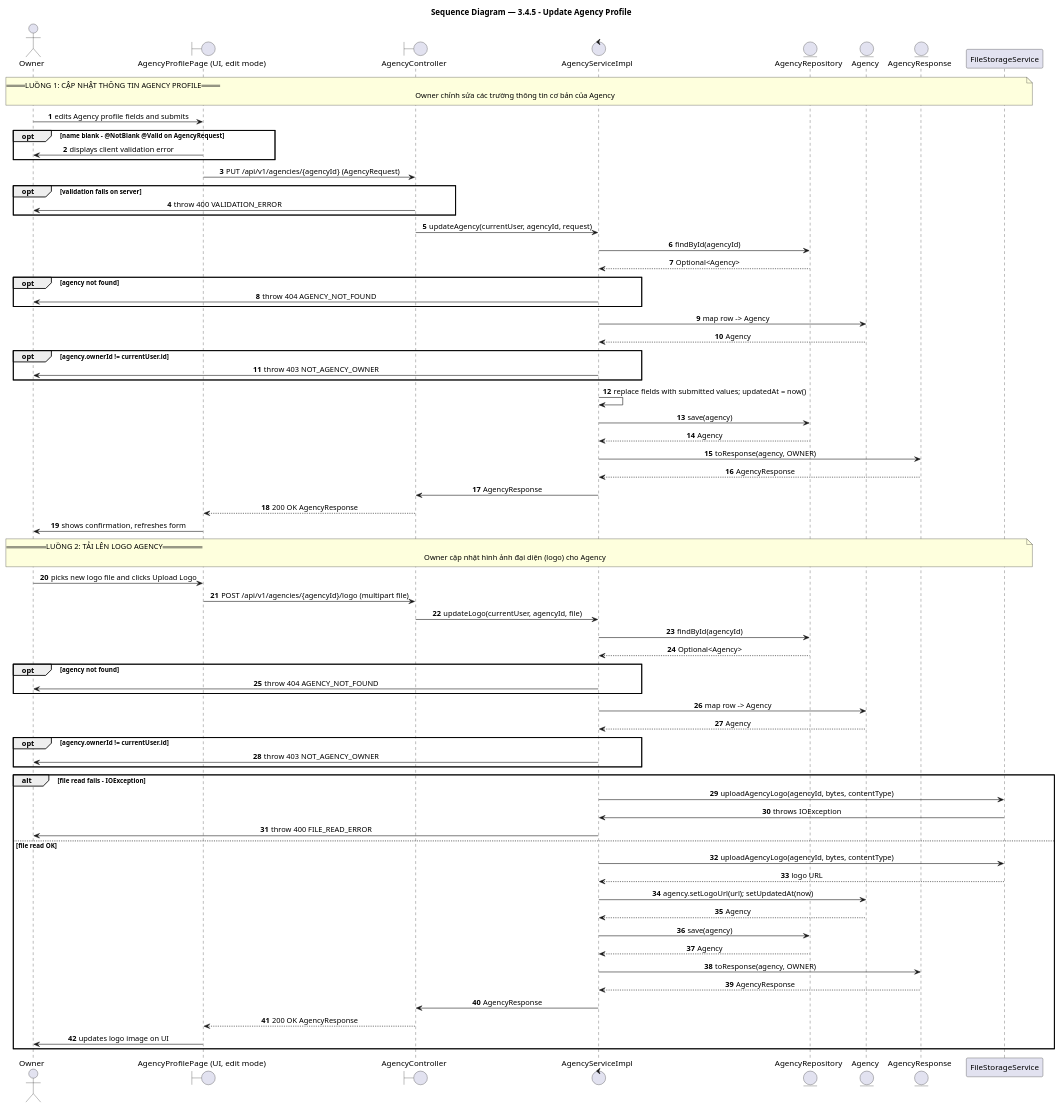
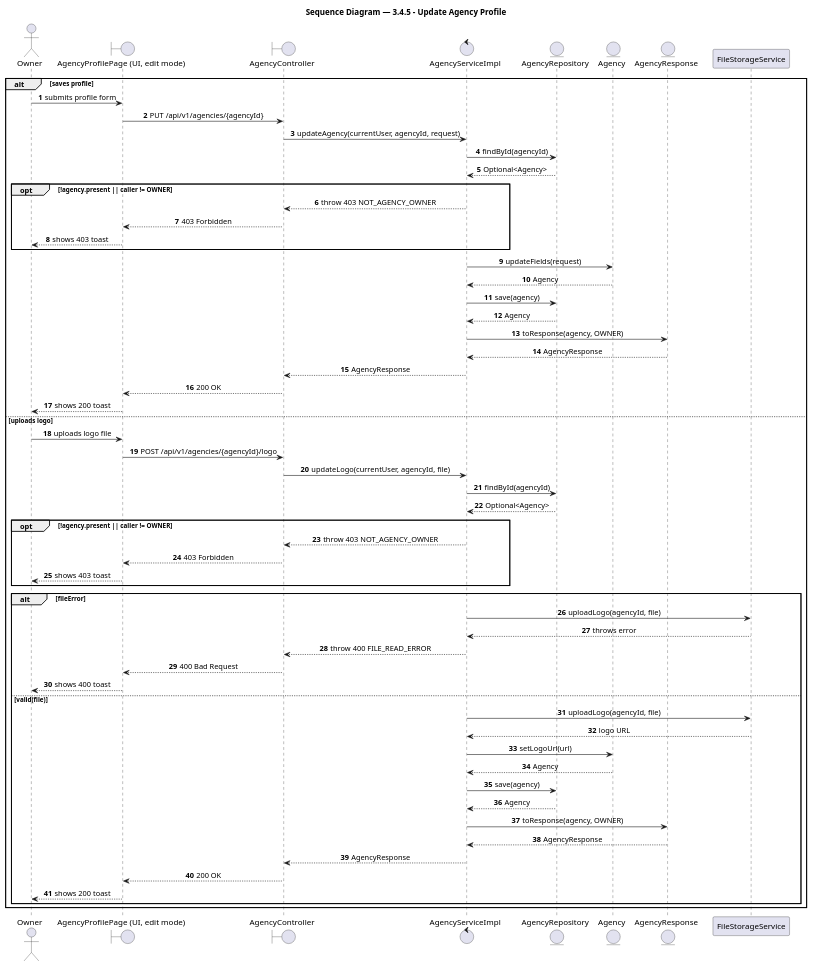
Before and after one commit to BrandHubOrganization/brandhub-infrastructure: the diagram in docs/feature/agency-workspace/3-4-5-update-agency-profile/report4_sequence.puml, drawn with PlantUML. The commit also changed 33 other files, not shown here.

Commit message:
docs: add PlantUML sequence diagrams and class diagrams for agency workspace and profile features

```diff
--- a/docs/feature/agency-workspace/3-4-5-update-agency-profile/report4_sequence.puml
+++ b/docs/feature/agency-workspace/3-4-5-update-agency-profile/report4_sequence.puml
@@ -1,85 +1,73 @@
 @startuml 3.4.5 - Update Agency Profile
 title Sequence Diagram — 3.4.5 - Update Agency Profile
 
 autonumber
 skinparam shadowing false
 skinparam sequenceMessageAlign center
 skinparam BoxPadding 10
 skinparam ParticipantPadding 10
 
 ' === Participants ===
 actor "Owner" as owner
 boundary "AgencyProfilePage (UI, edit mode)" as agencyprofilepage_ui_edit_mode
 boundary "AgencyController" as agencycontroller
 control "AgencyServiceImpl" as agencyserviceimpl
 entity "AgencyRepository" as agencyrepository
 entity "Agency" as agency
 entity "AgencyResponse" as agencyresponse
 participant "FileStorageService" as filestorageservice
 
-' === Flow 1 ===
-note over owner, filestorageservice : == LUỒNG 1: CẬP NHẬT THÔNG TIN AGENCY PROFILE ==\nOwner chỉnh sửa các trường thông tin cơ bản của Agency
-
-owner -> agencyprofilepage_ui_edit_mode: edits Agency profile fields and submits
-opt name blank - @NotBlank @Valid on AgencyRequest
-  agencyprofilepage_ui_edit_mode -> owner: displays client validation error
-end
-agencyprofilepage_ui_edit_mode -> agencycontroller: PUT /api/v1/agencies/{agencyId} (AgencyRequest)
-opt validation fails on server
-  agencycontroller -> owner: throw 400 VALIDATION_ERROR
-end
-agencycontroller -> agencyserviceimpl: updateAgency(currentUser, agencyId, request)
-agencyserviceimpl -> agencyrepository: findById(agencyId)
-agencyrepository --> agencyserviceimpl: Optional<Agency>
-opt agency not found
-  agencyserviceimpl -> owner: throw 404 AGENCY_NOT_FOUND
-end
-agencyserviceimpl -> agency: map row -> Agency
-agency --> agencyserviceimpl: Agency
-opt agency.ownerId != currentUser.id
-  agencyserviceimpl -> owner: throw 403 NOT_AGENCY_OWNER
-end
-agencyserviceimpl -> agencyserviceimpl: replace fields with submitted values; updatedAt = now()
-agencyserviceimpl -> agencyrepository: save(agency)
-agencyrepository --> agencyserviceimpl: Agency
-agencyserviceimpl -> agencyresponse: toResponse(agency, OWNER)
-agencyresponse --> agencyserviceimpl: AgencyResponse
-agencyserviceimpl -> agencycontroller: AgencyResponse
-agencycontroller --> agencyprofilepage_ui_edit_mode: 200 OK AgencyResponse
-agencyprofilepage_ui_edit_mode -> owner: shows confirmation, refreshes form
-
-' === Flow 2 ===
-note over owner, filestorageservice : == LUỒNG 2: TẢI LÊN LOGO AGENCY ==\nOwner cập nhật hình ảnh đại diện (logo) cho Agency
-
-owner -> agencyprofilepage_ui_edit_mode: picks new logo file and clicks Upload Logo
-agencyprofilepage_ui_edit_mode -> agencycontroller: POST /api/v1/agencies/{agencyId}/logo (multipart file)
-agencycontroller -> agencyserviceimpl: updateLogo(currentUser, agencyId, file)
-agencyserviceimpl -> agencyrepository: findById(agencyId)
-agencyrepository --> agencyserviceimpl: Optional<Agency>
-opt agency not found
-  agencyserviceimpl -> owner: throw 404 AGENCY_NOT_FOUND
-end
-agencyserviceimpl -> agency: map row -> Agency
-agency --> agencyserviceimpl: Agency
-opt agency.ownerId != currentUser.id
-  agencyserviceimpl -> owner: throw 403 NOT_AGENCY_OWNER
-end
-alt file read fails - IOException
-  agencyserviceimpl -> filestorageservice: uploadAgencyLogo(agencyId, bytes, contentType)
-  filestorageservice -> agencyserviceimpl: throws IOException
-  agencyserviceimpl -> owner: throw 400 FILE_READ_ERROR
-else file read OK
-  agencyserviceimpl -> filestorageservice: uploadAgencyLogo(agencyId, bytes, contentType)
-  filestorageservice --> agencyserviceimpl: logo URL
-  agencyserviceimpl -> agency: agency.setLogoUrl(url); setUpdatedAt(now)
+' === Flow ===
+alt saves profile
+  owner -> agencyprofilepage_ui_edit_mode: submits profile form
+  agencyprofilepage_ui_edit_mode -> agencycontroller: PUT /api/v1/agencies/{agencyId}
+  agencycontroller -> agencyserviceimpl: updateAgency(currentUser, agencyId, request)
+  agencyserviceimpl -> agencyrepository: findById(agencyId)
+  agencyrepository --> agencyserviceimpl: Optional<Agency>
+  opt !agency.present || caller != OWNER
+    agencyserviceimpl --> agencycontroller: throw 403 NOT_AGENCY_OWNER
+    agencycontroller --> agencyprofilepage_ui_edit_mode: 403 Forbidden
+    agencyprofilepage_ui_edit_mode --> owner: shows 403 toast
+  end
+  agencyserviceimpl -> agency: updateFields(request)
   agency --> agencyserviceimpl: Agency
   agencyserviceimpl -> agencyrepository: save(agency)
   agencyrepository --> agencyserviceimpl: Agency
   agencyserviceimpl -> agencyresponse: toResponse(agency, OWNER)
   agencyresponse --> agencyserviceimpl: AgencyResponse
-  agencyserviceimpl -> agencycontroller: AgencyResponse
-  agencycontroller --> agencyprofilepage_ui_edit_mode: 200 OK AgencyResponse
-  agencyprofilepage_ui_edit_mode -> owner: updates logo image on UI
+  agencyserviceimpl --> agencycontroller: AgencyResponse
+  agencycontroller --> agencyprofilepage_ui_edit_mode: 200 OK
+  agencyprofilepage_ui_edit_mode --> owner: shows 200 toast
+else uploads logo
+  owner -> agencyprofilepage_ui_edit_mode: uploads logo file
+  agencyprofilepage_ui_edit_mode -> agencycontroller: POST /api/v1/agencies/{agencyId}/logo
+  agencycontroller -> agencyserviceimpl: updateLogo(currentUser, agencyId, file)
+  agencyserviceimpl -> agencyrepository: findById(agencyId)
+  agencyrepository --> agencyserviceimpl: Optional<Agency>
+  opt !agency.present || caller != OWNER
+    agencyserviceimpl --> agencycontroller: throw 403 NOT_AGENCY_OWNER
+    agencycontroller --> agencyprofilepage_ui_edit_mode: 403 Forbidden
+    agencyprofilepage_ui_edit_mode --> owner: shows 403 toast
+  end
+  alt fileError
+    agencyserviceimpl -> filestorageservice: uploadLogo(agencyId, file)
+    filestorageservice --> agencyserviceimpl: throws error
+    agencyserviceimpl --> agencycontroller: throw 400 FILE_READ_ERROR
+    agencycontroller --> agencyprofilepage_ui_edit_mode: 400 Bad Request
+    agencyprofilepage_ui_edit_mode --> owner: shows 400 toast
+  else valid(file)
+    agencyserviceimpl -> filestorageservice: uploadLogo(agencyId, file)
+    filestorageservice --> agencyserviceimpl: logo URL
+    agencyserviceimpl -> agency: setLogoUrl(url)
+    agency --> agencyserviceimpl: Agency
+    agencyserviceimpl -> agencyrepository: save(agency)
+    agencyrepository --> agencyserviceimpl: Agency
+    agencyserviceimpl -> agencyresponse: toResponse(agency, OWNER)
+    agencyresponse --> agencyserviceimpl: AgencyResponse
+    agencyserviceimpl --> agencycontroller: AgencyResponse
+    agencycontroller --> agencyprofilepage_ui_edit_mode: 200 OK
+    agencyprofilepage_ui_edit_mode --> owner: shows 200 toast
+  end
 end
 
 @enduml
```
